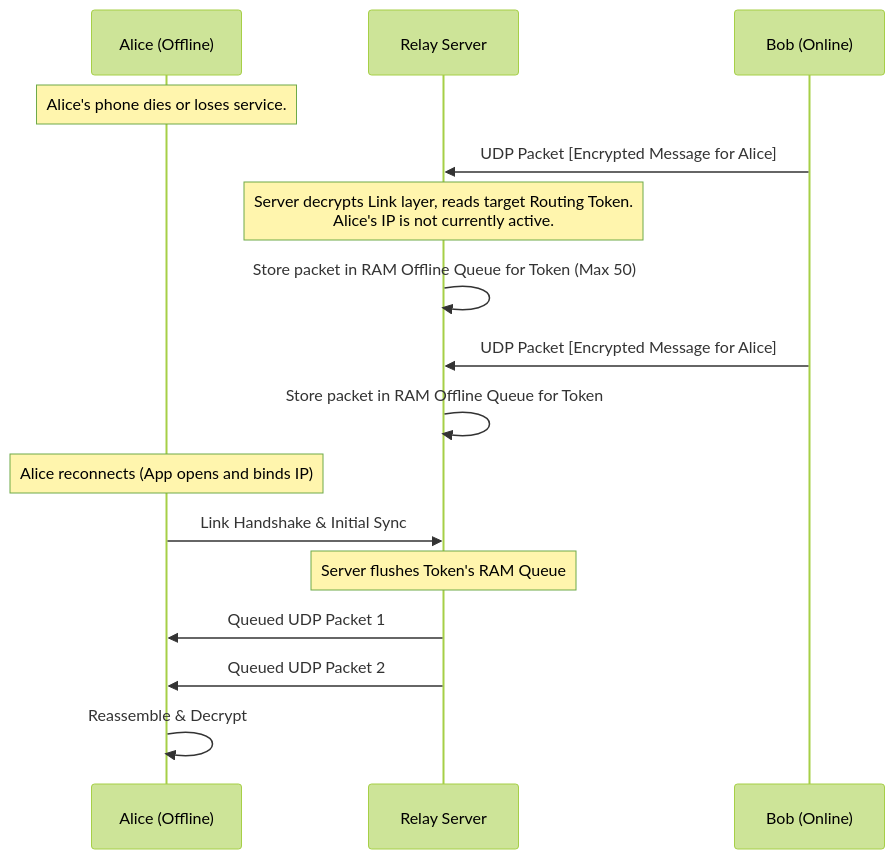
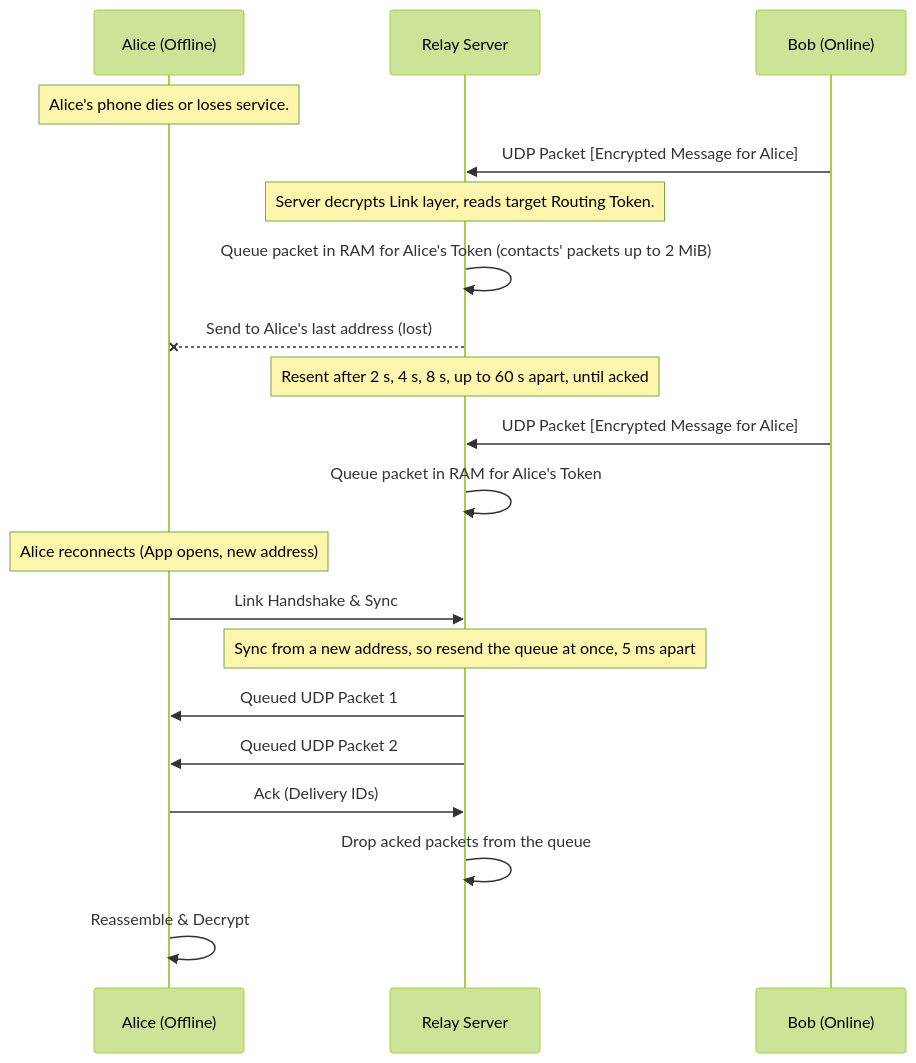
One commit to Lxadams/Cryptogram changed the fourth of 6 diagrams in documentations/architecture-diagrams.md. Above: the diagram before and after it, drawn with Mermaid (forest theme). The commit also changed other lines of this file and 27 other files, not shown here.

````diff
--- a/documentations/architecture-diagrams.md
+++ b/documentations/architecture-diagrams.md
@@ -84,24 +114,27 @@
 ```mermaid
 sequenceDiagram
     participant A as Alice (Offline)
     participant S as Relay Server
     participant B as Bob (Online)
 
     Note over A: Alice's phone dies or loses service.
-    
+
     B->>S: UDP Packet [Encrypted Message for Alice]
-    Note over S: Server decrypts Link layer, reads target Routing Token.<br/>Alice's IP is not currently active.
-    S->>S: Store packet in RAM Offline Queue for Token (Max 50)
-    
+    Note over S: Server decrypts Link layer, reads target Routing Token.
+    S->>S: Queue packet in RAM for Alice's Token (contacts' packets up to 2 MiB)
+    S--xA: Send to Alice's last address (lost)
+    Note over S: Resent after 2 s, 4 s, 8 s, up to 60 s apart, until acked
+
     B->>S: UDP Packet [Encrypted Message for Alice]
-    S->>S: Store packet in RAM Offline Queue for Token
-    
-    Note over A: Alice reconnects (App opens and binds IP)
-    A->>S: Link Handshake & Initial Sync
-    
-    Note over S: Server flushes Token's RAM Queue
+    S->>S: Queue packet in RAM for Alice's Token
+
+    Note over A: Alice reconnects (App opens, new address)
+    A->>S: Link Handshake & Sync
+    Note over S: Sync from a new address, so resend the queue at once, 5 ms apart
     S->>A: Queued UDP Packet 1
     S->>A: Queued UDP Packet 2
-    
+    A->>S: Ack (Delivery IDs)
+    S->>S: Drop acked packets from the queue
+
     A->>A: Reassemble & Decrypt
 ```
````
